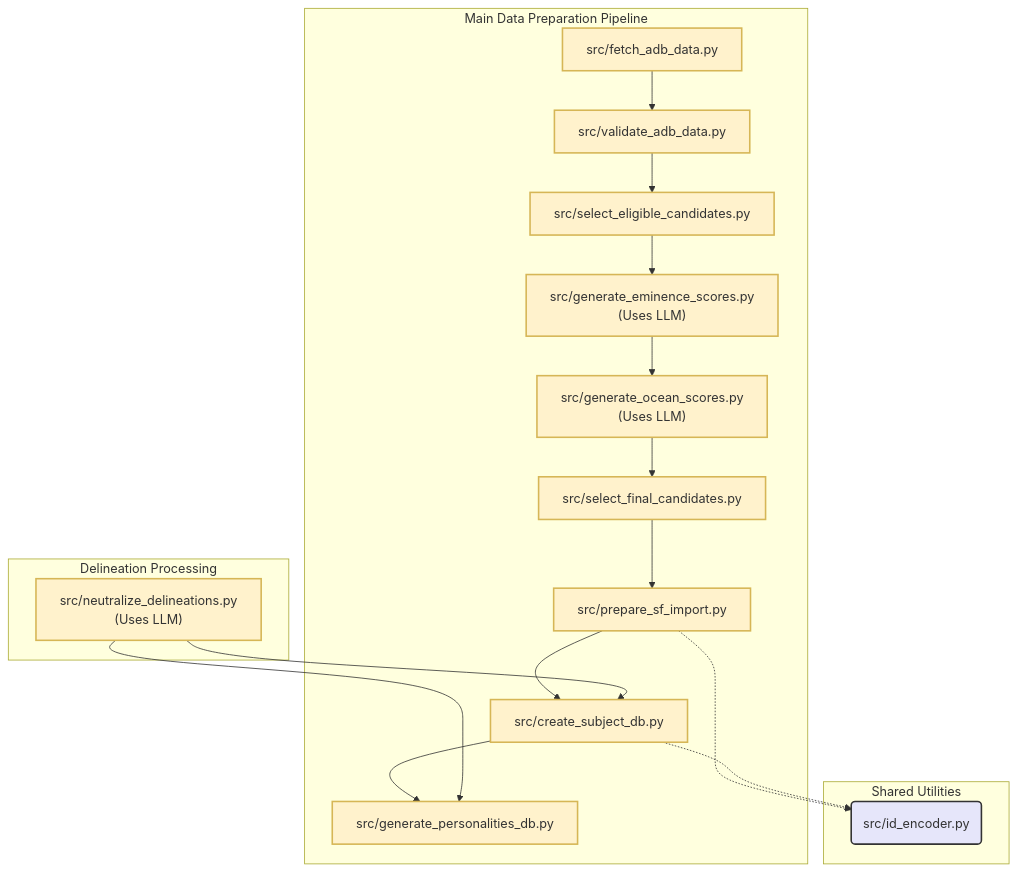
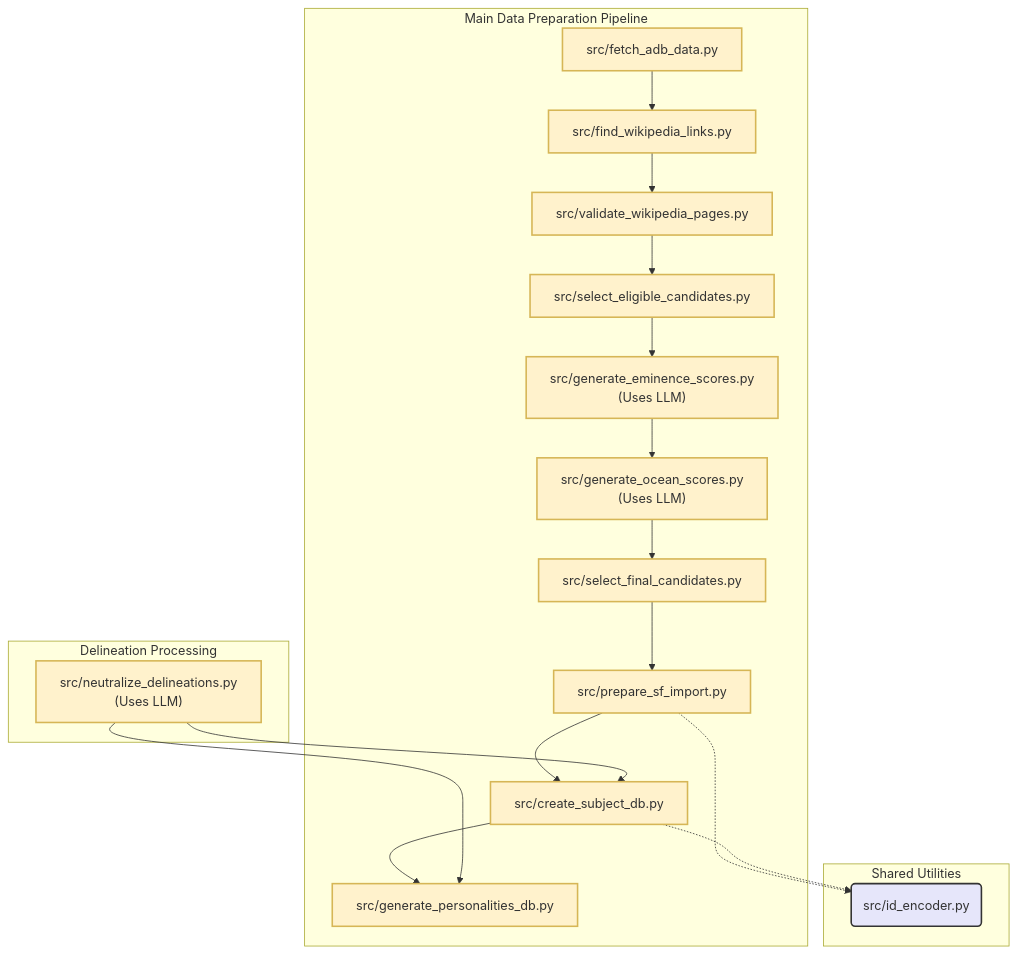
The diagram in docs/diagrams/arch_prep_codebase.mmd (peterjmarko/llm-narrative-framework), drawn with Mermaid before and after one commit. The commit also changed 22 other files, not shown here.

```diff
--- a/docs/diagrams/arch_prep_codebase.mmd
+++ b/docs/diagrams/arch_prep_codebase.mmd
@@ -1,31 +1,32 @@
 graph TD
     classDef scriptStyle fill:#fff2cc,stroke:#d6b656,stroke-width:2px
     classDef utilStyle fill:#e6e6fa,stroke:#333,stroke-width:2px
     subgraph Main Data Preparation Pipeline
-        A[src/fetch_adb_data.py] --> B[src/validate_adb_data.py]
-        B --> C[src/select_eligible_candidates.py]
+        A[src/fetch_adb_data.py] --> B[src/find_wikipedia_links.py]
+        B --> B2[src/validate_wikipedia_pages.py]
+        B2 --> C[src/select_eligible_candidates.py]
         C --> D["src/generate_eminence_scores.py<br/>(Uses LLM)"]
         D --> E["src/generate_ocean_scores.py<br/>(Uses LLM)"]
         E --> F[src/select_final_candidates.py]
         F --> G[src/prepare_sf_import.py]
         G --> H[src/create_subject_db.py]
         H --> I[src/generate_personalities_db.py]
     end
     
     subgraph Delineation Processing
         J["src/neutralize_delineations.py<br/>(Uses LLM)"]
     end
 
     J --> I
     J --> H
 
     subgraph Shared Utilities
         K(src/id_encoder.py)
     end
 
     G -.-> K
     H -.-> K
 
     %% Apply Styles
-    class A,B,C,D,E,F,G,H,I,J scriptStyle
+    class A,B,B2,C,D,E,F,G,H,I,J scriptStyle
     class K utilStyle
```
